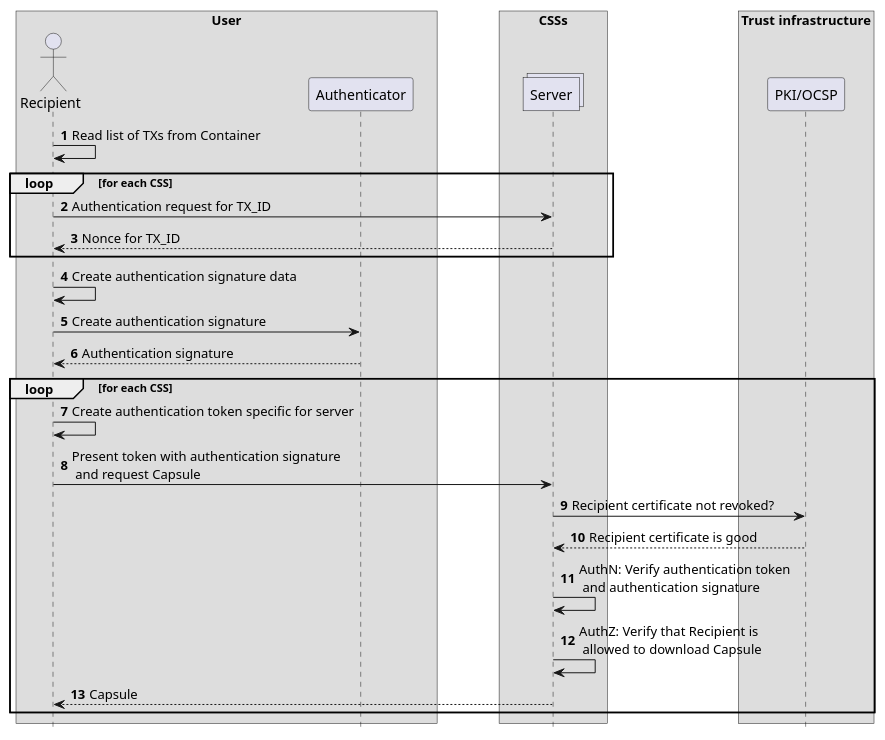
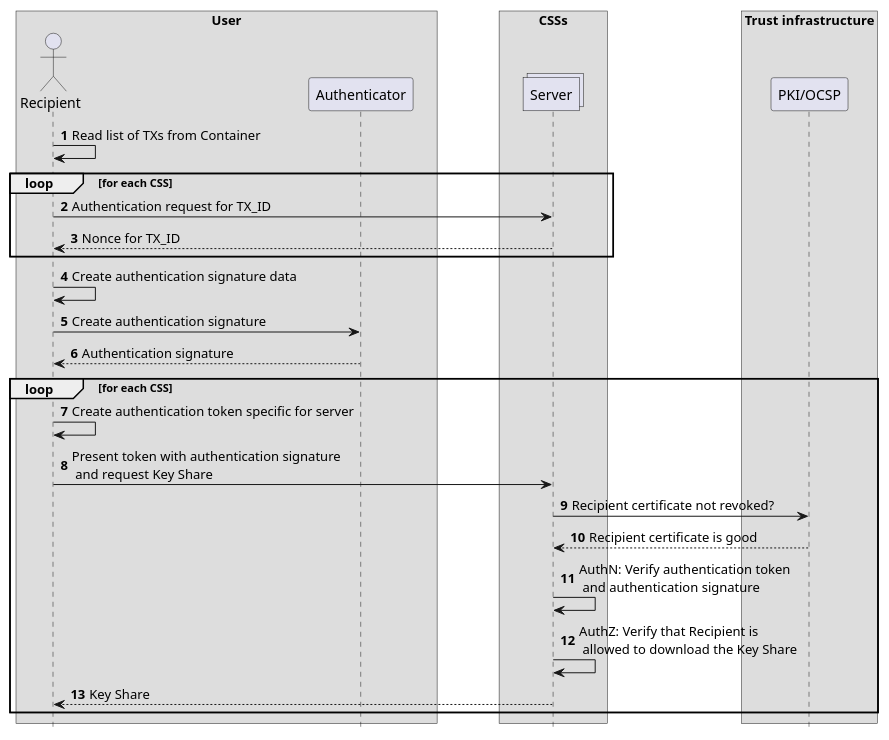
The diagram in cdoc2-system-docs/docs/03_system_architecture/ch05_shares_server.md (open-eid/CDOC2), drawn with PlantUML before and after one commit. The commit also changed other lines of this file, not shown here.

````diff
--- a/cdoc2-system-docs/docs/03_system_architecture/ch05_shares_server.md
+++ b/cdoc2-system-docs/docs/03_system_architecture/ch05_shares_server.md
@@ -35,39 +35,39 @@
 ```plantuml
 @startuml
 skinparam ParticipantPadding 20
 skinparam BoxPadding 30
 hide footbox
 autonumber
 
 box "User"
 Actor Recipient as R
 participant Authenticator as A
 end box
 
 box "CSSs"
 collections Server as S
 end box
 
 box "Trust infrastructure"
 participant "PKI/OCSP" as PKI
 end box
 
 R -> R: Read list of TXs from Container
 loop for each CSS
     R -> S: Authentication request for TX_ID
     S --> R: Nonce for TX_ID
 end
 R -> R: Create authentication signature data
 R -> A: Create authentication signature
 A --> R: Authentication signature
 loop for each CSS
     R -> R: Create authentication token specific for server
-    R -> S: Present token with authentication signature \n and request Capsule
+    R -> S: Present token with authentication signature \n and request Key Share
     S -> PKI: Recipient certificate not revoked?
     PKI --> S: Recipient certificate is good
     S -> S: AuthN: Verify authentication token \n and authentication signature
-    S -> S: AuthZ: Verify that Recipient is \n allowed to download Capsule
-    S --> R: Capsule
+    S -> S: AuthZ: Verify that Recipient is \n allowed to download the Key Share
+    S --> R: Key Share
 end
 @enduml
 ```
````
